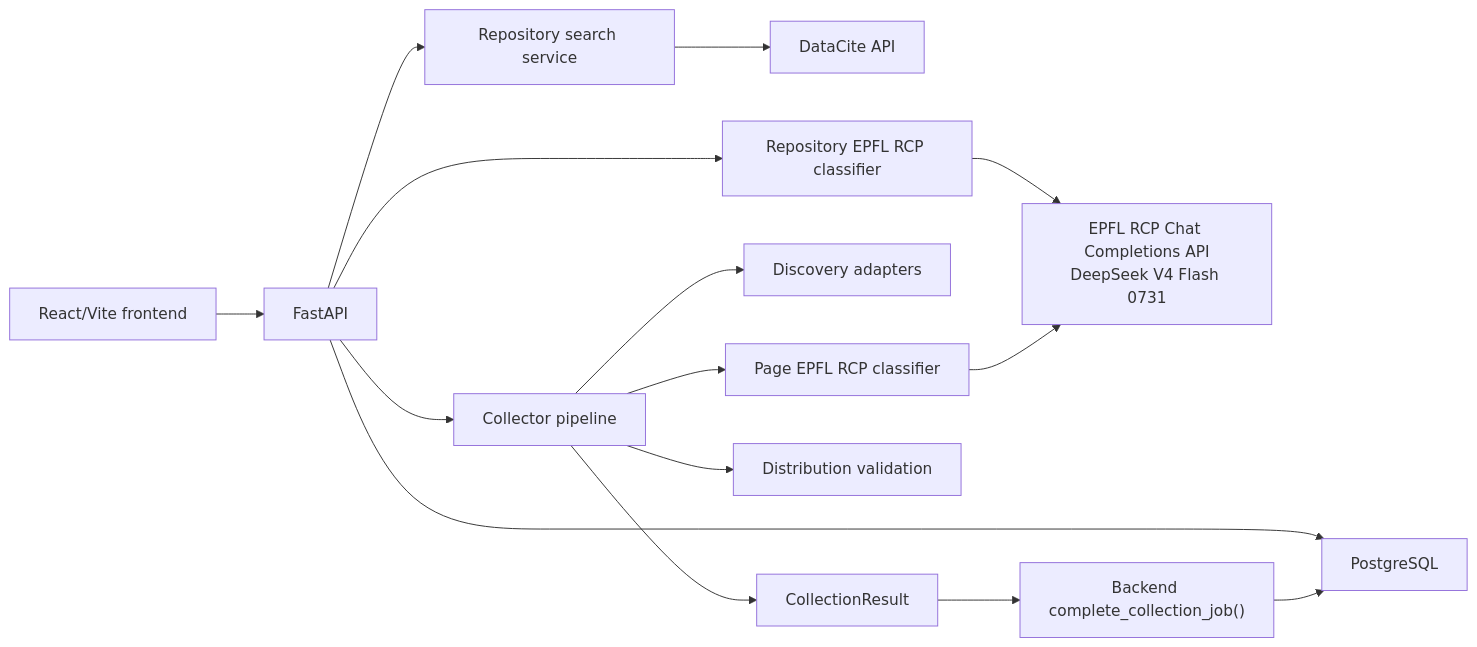
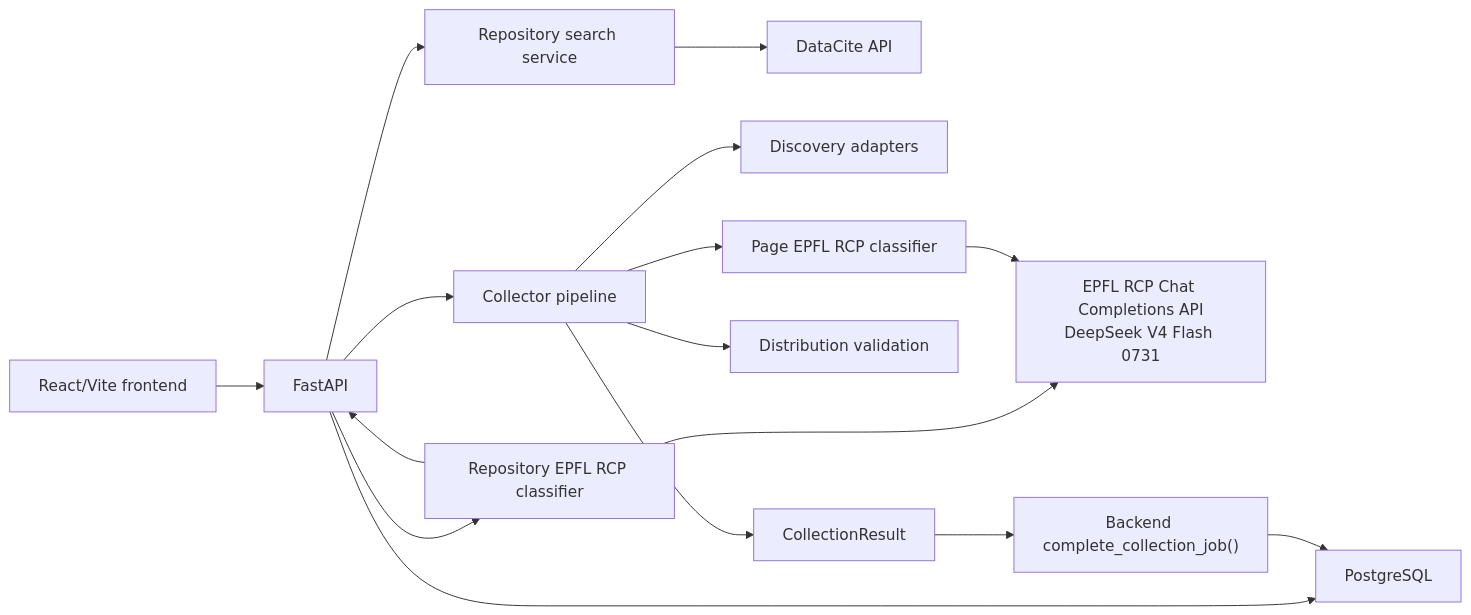
Before and after one commit to nicolasberlin/global-health-dataset-catalog: the first of 4 diagrams in docs/technical-design-document.md, drawn with Mermaid. The commit also changed other lines of this file and 13 other files, not shown here.

````diff
--- a/docs/technical-design-document.md
+++ b/docs/technical-design-document.md
@@ -33,17 +34,18 @@
 ```mermaid
 flowchart LR
     Browser["React/Vite frontend"] --> API["FastAPI"]
     API --> Search["Repository search service"]
     Search --> DataCite["DataCite API"]
+    API --> RepoLLM["Repository EPFL RCP classifier"]
+    RepoLLM --> API
     API --> Collector["Collector pipeline"]
-    API --> RepoLLM["Repository EPFL RCP classifier"]
     Collector --> Discovery["Discovery adapters"]
     Collector --> PageLLM["Page EPFL RCP classifier"]
     Collector --> Validation["Distribution validation"]
     RepoLLM --> RCP["EPFL RCP Chat Completions API<br/>DeepSeek V4 Flash 0731"]
     PageLLM --> RCP
     Collector --> Result["CollectionResult"]
     Result --> Completion["Backend complete_collection_job()"]
     API --> DB["PostgreSQL"]
     Completion --> DB
 ```
````
